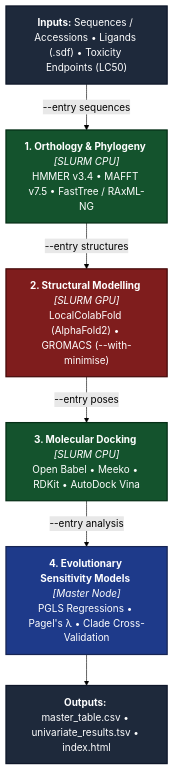
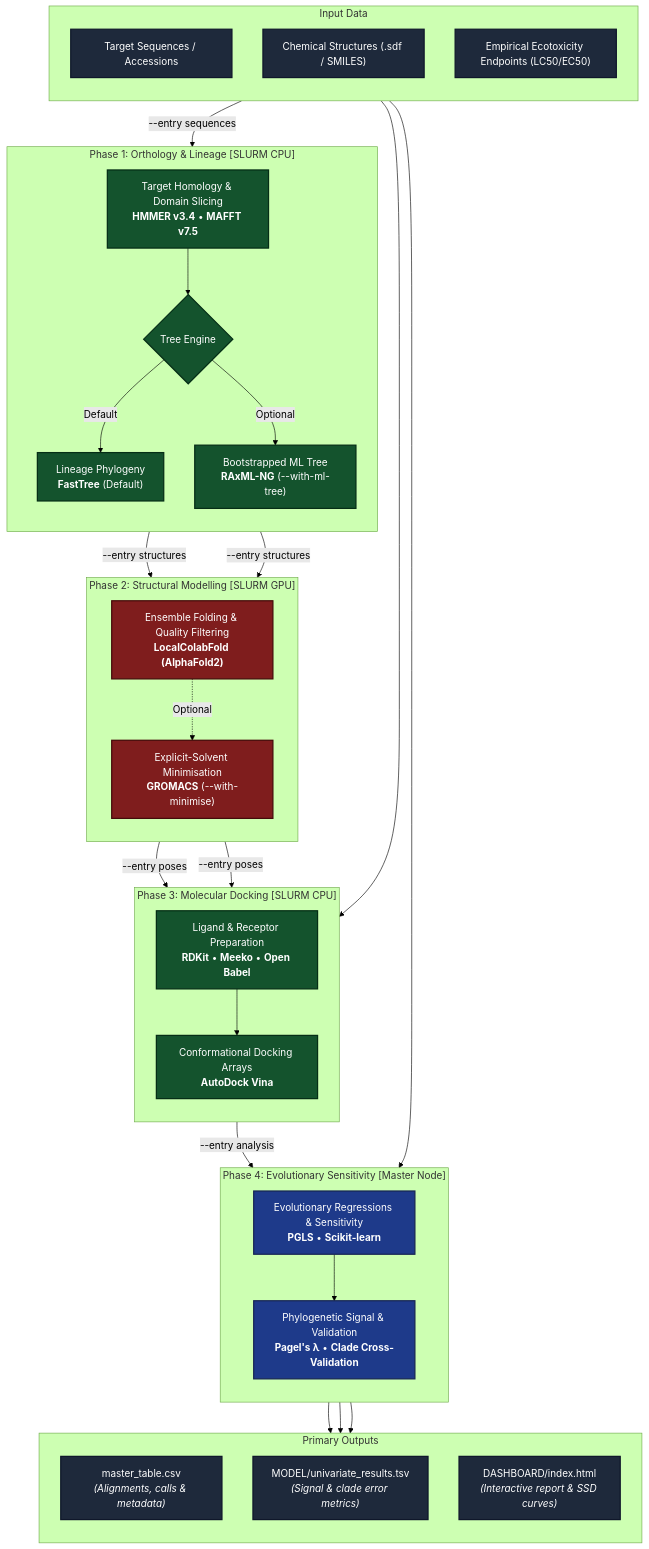
One commit to krishnan-Rama/SENTINEL changed the diagram in README.md. Above: the diagram before and after it, drawn with Mermaid (forest theme).

````diff
--- a/README.md
+++ b/README.md
@@ -13,25 +13,78 @@
 ```mermaid
 flowchart TD
-    IN["<b>Inputs:</b> Sequences / Accessions • Ligands (.sdf) • Toxicity Endpoints (LC50)"]
-    S1["<b>1. Orthology & Phylogeny</b> <i>[SLURM CPU]</i><br/>HMMER v3.4 • MAFFT v7.5 • FastTree / RAxML-NG"]
-    S2["<b>2. Structural Modelling</b> <i>[SLURM GPU]</i><br/>LocalColabFold (AlphaFold2) • GROMACS (--with-minimise)"]
-    S3["<b>3. Molecular Docking</b> <i>[SLURM CPU]</i><br/>Open Babel • Meeko • RDKit • AutoDock Vina"]
-    S4["<b>4. Evolutionary Sensitivity Models</b> <i>[Master Node]</i><br/>PGLS Regressions • Pagel's &lambda; • Clade Cross-Validation"]
-    OUT["<b>Outputs:</b> master_table.csv • univariate_results.tsv • index.html"]
+    subgraph INP["Input Data"]
+        direction TB
+        I1["Target Sequences / Accessions"]
+        I2["Chemical Structures (.sdf / SMILES)"]
+        I3["Empirical Ecotoxicity Endpoints (LC50/EC50)"]
+    end
 
-    IN -->|--entry sequences| S1
-    S1 -->|--entry structures| S2
-    S2 -->|--entry poses| S3
-    S3 -->|--entry analysis| S4
-    S4 --> OUT
+    subgraph ST1["Phase 1: Orthology & Lineage [SLURM CPU]"]
+        direction TB
+        S1A["Target Homology & Domain Slicing<br/><b>HMMER v3.4</b> • <b>MAFFT v7.5</b>"]
+        S1B{"Tree Engine"}
+        S1C["Lineage Phylogeny<br/><b>FastTree</b> (Default)"]
+        S1D["Bootstrapped ML Tree<br/><b>RAxML-NG</b> (--with-ml-tree)"]
 
+        S1A --> S1B
+        S1B -->|Default| S1C
+        S1B -->|Optional| S1D
+    end
+
+    subgraph ST2["Phase 2: Structural Modelling [SLURM GPU]"]
+        direction TB
+        S2A["Ensemble Folding & Quality Filtering<br/><b>LocalColabFold (AlphaFold2)</b>"]
+        S2B["Explicit-Solvent Minimisation<br/><b>GROMACS</b> (--with-minimise)"]
+
+        S2A -.->|Optional| S2B
+    end
+
+    subgraph ST3["Phase 3: Molecular Docking [SLURM CPU]"]
+        direction TB
+        S3A["Ligand & Receptor Preparation<br/><b>RDKit</b> • <b>Meeko</b> • <b>Open Babel</b>"]
+        S3B["Conformational Docking Arrays<br/><b>AutoDock Vina</b>"]
+
+        S3A --> S3B
+    end
+
+    subgraph ST4["Phase 4: Evolutionary Sensitivity [Master Node]"]
+        direction TB
+        S4A["Evolutionary Regressions & Sensitivity<br/><b>PGLS</b> • <b>Scikit-learn</b>"]
+        S4B["Phylogenetic Signal & Validation<br/><b>Pagel's &lambda;</b> • <b>Clade Cross-Validation</b>"]
+
+        S4A --> S4B
+    end
+
+    subgraph OUT["Primary Outputs"]
+        direction TB
+        O1["master_table.csv<br/><i>(Alignments, calls & metadata)</i>"]
+        O2["MODEL/univariate_results.tsv<br/><i>(Signal & clade error metrics)</i>"]
+        O3["DASHBOARD/index.html<br/><i>(Interactive report & SSD curves)</i>"]
+    end
+
+    %% Wiring Inputs to Pipeline
+    I1 -->|--entry sequences| S1A
+    S1C -->|--entry structures| S2A
+    S1D -->|--entry structures| S2A
+    S2A -->|--entry poses| S3A
+    S2B -->|--entry poses| S3A
+    I2 --> S3A
+    S3B -->|--entry analysis| S4A
+    I3 --> S4A
+
+    %% Outputs
+    S4B --> O1
+    S4B --> O2
+    S4B --> O3
+
+    %% High-Contrast Styling (WCAG AAA Compliant)
     classDef io fill:#1e293b,stroke:#0f172a,stroke-width:2px,color:#ffffff;
     classDef cpu fill:#14532d,stroke:#052e16,stroke-width:2px,color:#ffffff;
     classDef gpu fill:#7f1d1d,stroke:#450a0a,stroke-width:2px,color:#ffffff;
     classDef master fill:#1e3a8a,stroke:#172554,stroke-width:2px,color:#ffffff;
 
-    class IN,OUT io;
-    class S1,S3 cpu;
-    class S2 gpu;
-    class S4 master;
+    class I1,I2,I3,O1,O2,O3 io;
+    class S1A,S1B,S1C,S1D,S3A,S3B cpu;
+    class S2A,S2B gpu;
+    class S4A,S4B master;
 ```
````
